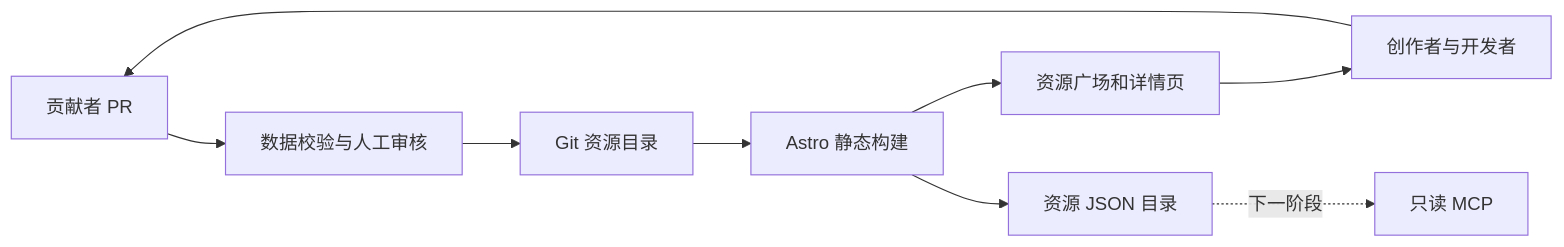
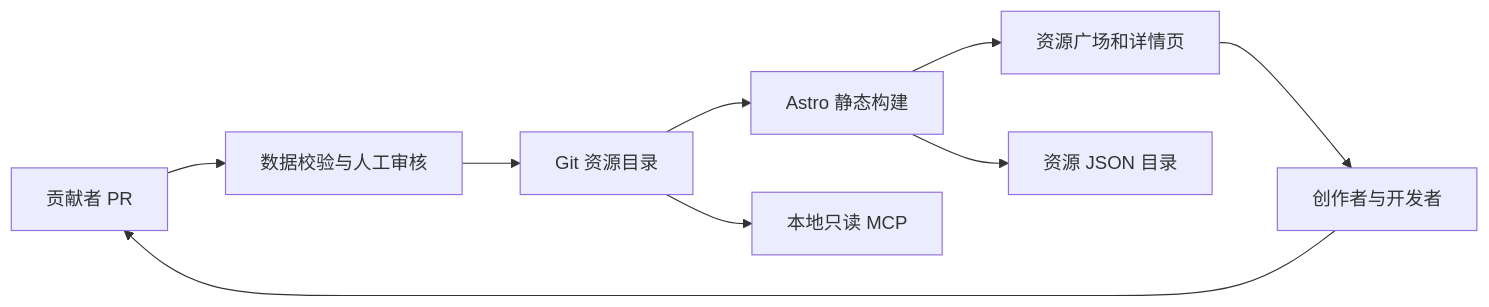
Before and after one commit to rhne2061-alt/open-craft: the diagram in docs/ARCHITECTURE.md, drawn with Mermaid. The commit also changed other lines of this file and 21 other files, not shown here.

````diff
--- a/docs/ARCHITECTURE.md
+++ b/docs/ARCHITECTURE.md
@@ -9,11 +9,11 @@
 ```mermaid
 flowchart LR
   Contributor[贡献者 PR] --> Review[数据校验与人工审核]
   Review --> Git[Git 资源目录]
   Git --> Build[Astro 静态构建]
   Build --> Web[资源广场和详情页]
   Build --> JSON[资源 JSON 目录]
   Web --> User[创作者与开发者]
-  JSON -.下一阶段.-> MCP[只读 MCP]
+  Git --> MCP[本地只读 MCP]
   User --> Contributor
 ```
````
